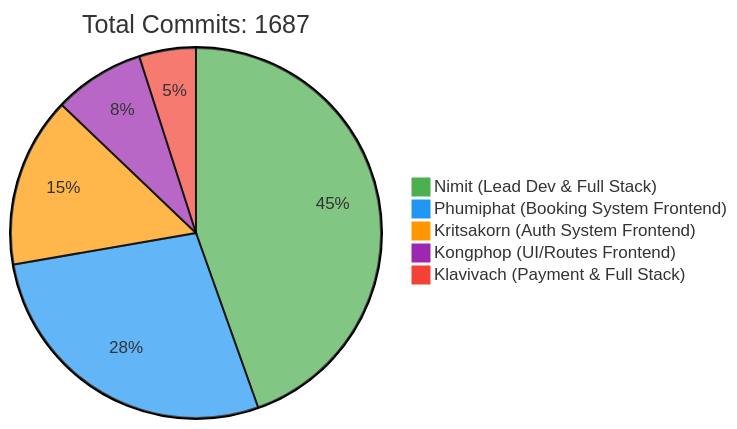
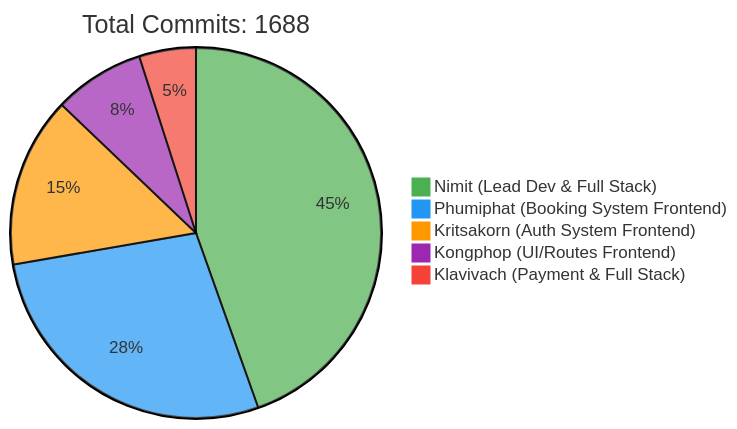
Before and after one commit to 6531503042/Sport-Complex: the first of 2 diagrams in README.md, drawn with Mermaid. The commit also changed other lines of this file, not shown here.

Commit message:
docs: Update contributor statistics [skip ci]

````diff
--- a/README.md
+++ b/README.md
@@ -257,10 +257,10 @@
 ```mermaid
 %%{init: {'theme': 'base', 'themeVariables': { 'pie1': '#4CAF50', 'pie2': '#2196F3', 'pie3': '#FF9800', 'pie4': '#9C27B0', 'pie5': '#F44336'}}}%%
 pie
-    title Total Commits: 1687
+    title Total Commits: 1688
     "Nimit (Lead Dev & Full Stack)" : 450
     "Phumiphat (Booking System Frontend)" : 280
     "Kritsakorn (Auth System Frontend)" : 150
     "Kongphop (UI/Routes Frontend)" : 80
     "Klavivach (Payment & Full Stack)" : 50
 ```
````
